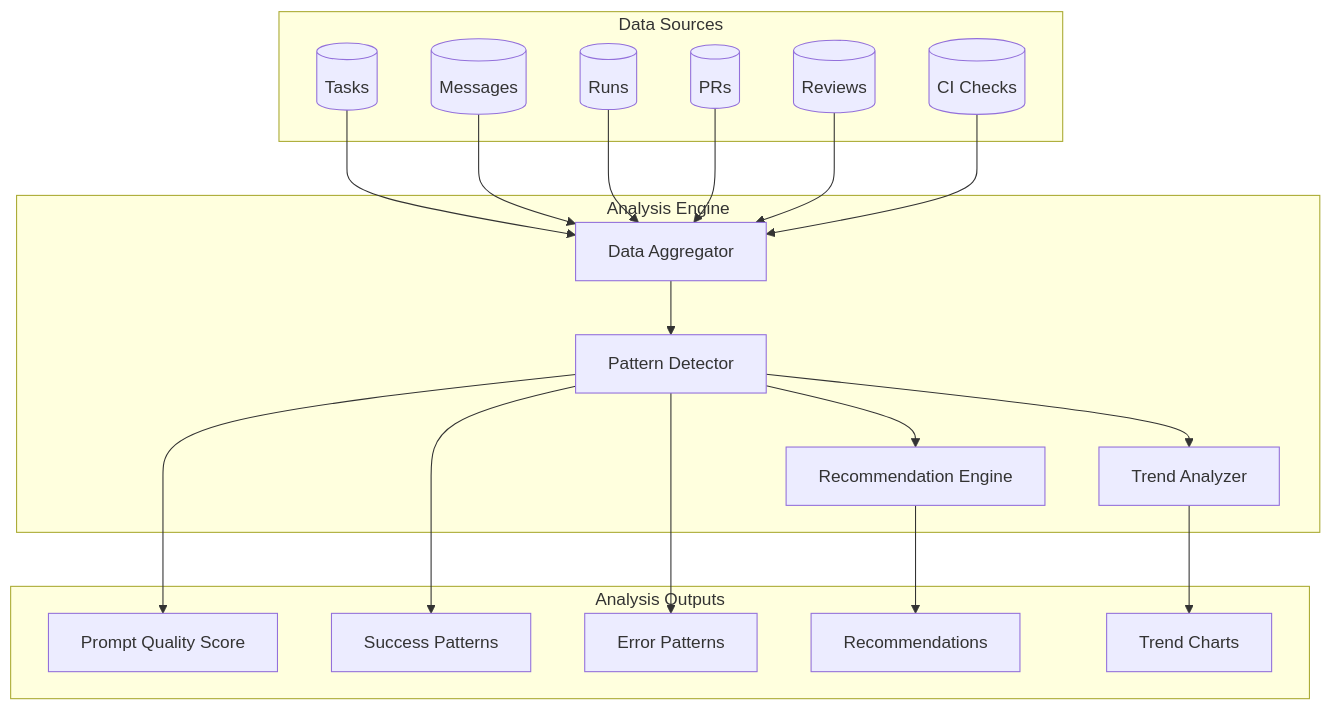
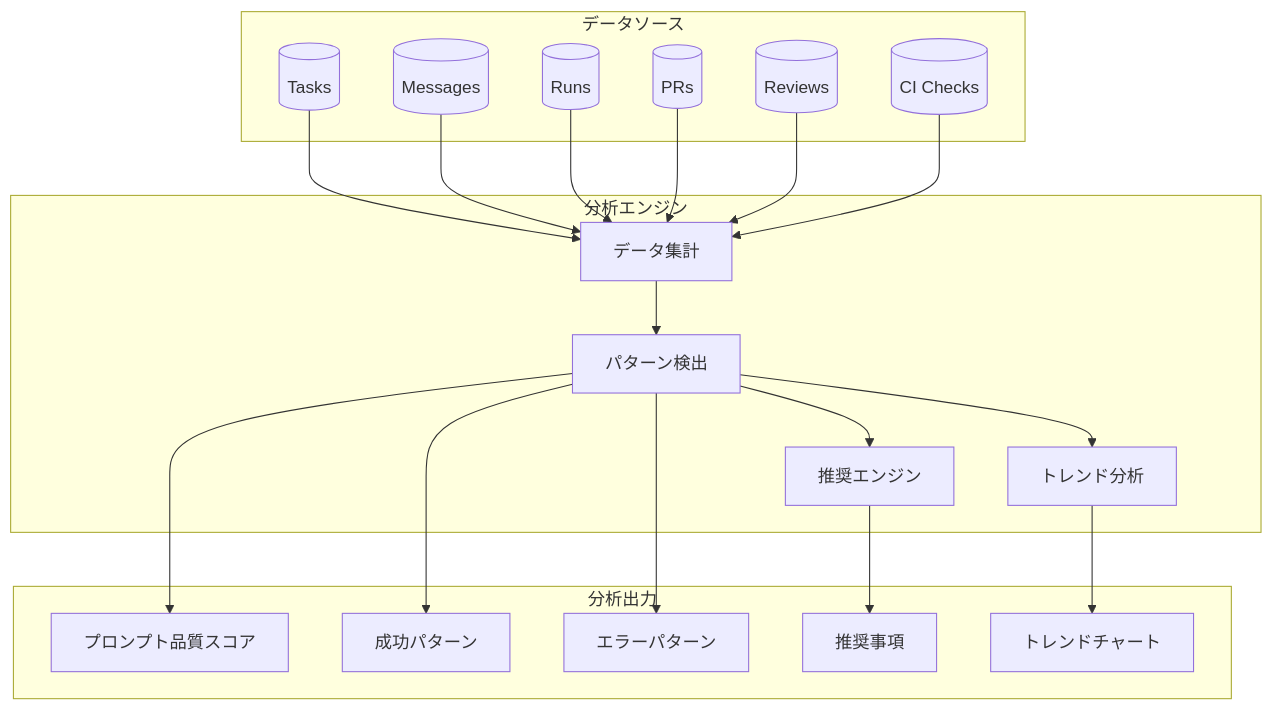
Before and after one commit to hampen2929/zloth: the diagram in docs/user_prompt_analysis.md, drawn with Mermaid. The commit also changed other lines of this file, not shown here.

````diff
--- a/docs/user_prompt_analysis.md
+++ b/docs/user_prompt_analysis.md
@@ -342,43 +344,43 @@
 ```mermaid
 flowchart TD
-    subgraph DataSources["Data Sources"]
+    subgraph DataSources["データソース"]
         Tasks[(Tasks)]
         Messages[(Messages)]
         Runs[(Runs)]
         PRs[(PRs)]
         Reviews[(Reviews)]
         CIChecks[(CI Checks)]
     end
 
-    subgraph AnalysisEngine["Analysis Engine"]
-        Aggregator[Data Aggregator]
-        PatternDetector[Pattern Detector]
-        Recommender[Recommendation Engine]
-        TrendAnalyzer[Trend Analyzer]
+    subgraph AnalysisEngine["分析エンジン"]
+        Aggregator[データ集計]
+        PatternDetector[パターン検出]
+        Recommender[推奨エンジン]
+        TrendAnalyzer[トレンド分析]
     end
 
-    subgraph Outputs["Analysis Outputs"]
-        PromptQuality[Prompt Quality Score]
-        SuccessPatterns[Success Patterns]
-        ErrorPatterns[Error Patterns]
-        Recommendations[Recommendations]
-        Trends[Trend Charts]
+    subgraph Outputs["分析出力"]
+        PromptQuality[プロンプト品質スコア]
+        SuccessPatterns[成功パターン]
+        ErrorPatterns[エラーパターン]
+        Recommendations[推奨事項]
+        Trends[トレンドチャート]
     end
 
     Tasks --> Aggregator
     Messages --> Aggregator
     Runs --> Aggregator
     PRs --> Aggregator
     Reviews --> Aggregator
     CIChecks --> Aggregator
 
     Aggregator --> PatternDetector
     PatternDetector --> Recommender
     PatternDetector --> TrendAnalyzer
 
     Recommender --> Recommendations
     TrendAnalyzer --> Trends
     PatternDetector --> PromptQuality
     PatternDetector --> SuccessPatterns
     PatternDetector --> ErrorPatterns
 ```
````
